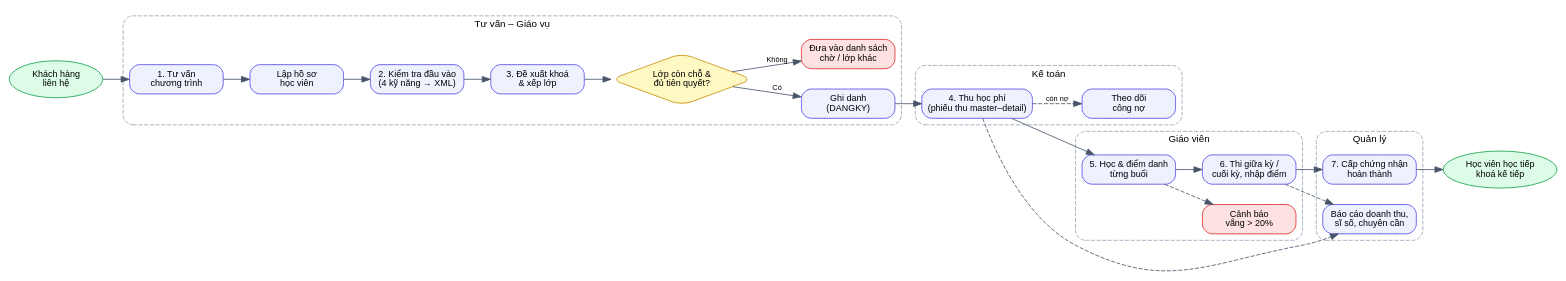
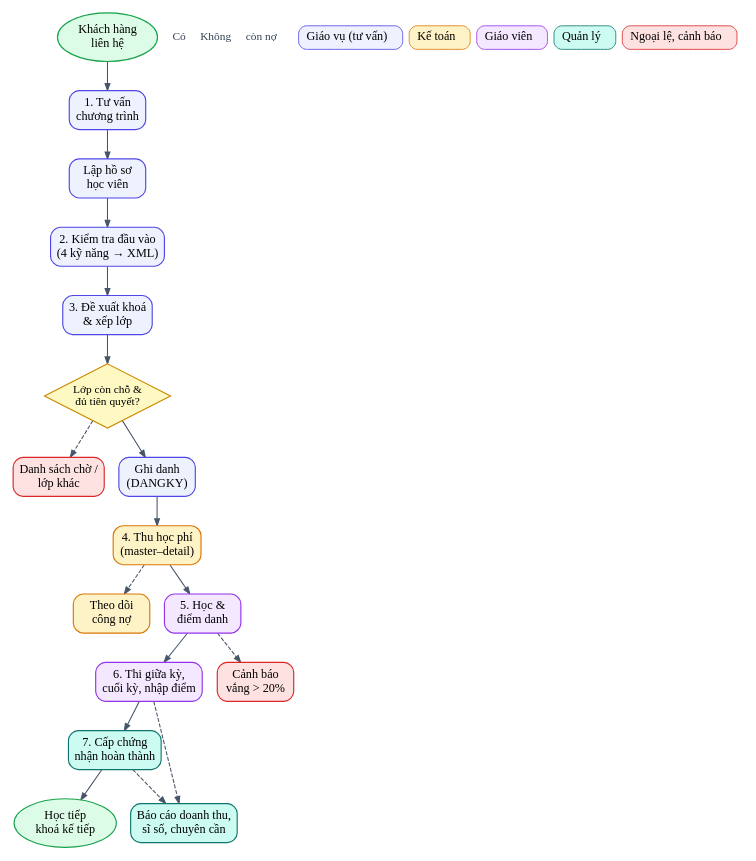
The diagram in docs/design/quy-trinh-nghiep-vu.dot (nhutruong-uit/ecms), drawn with Graphviz before and after one commit. The commit also changed 67 other files, not shown here.

```diff
--- a/docs/design/quy-trinh-nghiep-vu.dot
+++ b/docs/design/quy-trinh-nghiep-vu.dot
@@ -1,40 +1,71 @@
-// Quy trình nghiệp vụ trung tâm tiếng Anh ECMS (T02) – nguồn sinh quy-trinh-nghiep-vu.png / .drawio
+// Quy trình nghiệp vụ trung tâm tiếng Anh ECMS (T02) – nguồn sinh quy-trinh-nghiep-vu.png (Hình 1.1)
+//   neato -n -Tpng -Gdpi=200 docs/design/quy-trinh-nghiep-vu.dot -o docs/design/quy-trinh-nghiep-vu.png
+// Bố cục chữ chi ba hàng với toạ độ cố định (pos, đơn vị point): hàng 1 trái → phải, hàng 2 phải → trái, hàng 3 trái →
+// phải; nhánh phụ đặt trong dải giữa các hàng, sát bước sinh ra nó. Hai nút cạnh nhau cách ≥ 35 pt để mũi tên luôn
+// thấy rõ; nhãn nhánh (Có, Không, còn nợ) là nút chữ đặt cạnh mũi tên, không đè lên đầu mũi tên. Ảnh rộng ~ 21 cm nên
+// khi chèn vào báo cáo (15 cm) chữ in còn ~ 10,5 pt. Tác nhân phân biệt bằng màu (chú giải ở hàng cuối).
 digraph G {
-  rankdir=LR; nodesep=0.35; ranksep=0.45; fontname="Arial"; fontsize=12;
-  node [fontname="Arial", fontsize=11, shape=box, style="rounded,filled", fillcolor="#eef2ff", color="#4f46e5", width=1.6];
-  edge [fontname="Arial", fontsize=9, color="#475569"];
+  graph [splines=line, outputorder=edgesfirst, pad=0.12, bgcolor="white"];
+  node  [fontname="Times New Roman,", fontsize=15, shape=box, style="rounded,filled", penwidth=1.4,
+         width=1.3, height=0.66, fixedsize=false, margin="0.10,0.06"];
+  edge  [fontname="Times New Roman,", fontsize=14, color="#475569", penwidth=1.3, arrowsize=0.85];
 
-  start [label="Khách hàng\nliên hệ", shape=ellipse, fillcolor="#dcfce7", color="#16a34a"];
-  subgraph cluster_tv { label="Tư vấn – Giáo vụ"; style="rounded,dashed"; color="#94a3b8";
-    tuvan [label="1. Tư vấn\nchương trình"];
-    hoso  [label="Lập hồ sơ\nhọc viên"];
-    ktdv  [label="2. Kiểm tra đầu vào\n(4 kỹ năng → XML)"];
-    xeplop [label="3. Đề xuất khoá\n& xếp lớp"];
-    conCho [label="Lớp còn chỗ &\nđủ tiên quyết?", shape=diamond, fillcolor="#fef9c3", color="#ca8a04", width=1.9];
-    ghidanh [label="Ghi danh\n(DANGKY)"];
-    cho [label="Đưa vào danh sách\nchờ / lớp khác", fillcolor="#fee2e2", color="#dc2626"];
-  }
-  subgraph cluster_kt { label="Kế toán"; style="rounded,dashed"; color="#94a3b8";
-    thuphi [label="4. Thu học phí\n(phiếu thu master–detail)"];
-    congno [label="Theo dõi\ncông nợ"];
-  }
-  subgraph cluster_gv { label="Giáo viên"; style="rounded,dashed"; color="#94a3b8";
-    hoc [label="5. Học & điểm danh\ntừng buổi"];
-    canhbao [label="Cảnh báo\nvắng > 20%", fillcolor="#fee2e2", color="#dc2626"];
-    thi [label="6. Thi giữa kỳ /\ncuối kỳ, nhập điểm"];
-  }
-  subgraph cluster_ql { label="Quản lý"; style="rounded,dashed"; color="#94a3b8";
-    capcn [label="7. Cấp chứng nhận\nhoàn thành"];
-    baocao [label="Báo cáo doanh thu,\nsĩ số, chuyên cần"];
-  }
-  end [label="Học viên học tiếp\nkhoá kế tiếp", shape=ellipse, fillcolor="#dcfce7", color="#16a34a"];
+  // ---- hàng 1 (y = 445): trái → phải
+  start  [pos="66,445!",  label="Khách hàng\nliên hệ", shape=ellipse, fillcolor="#dcfce7", color="#16a34a", width=1.6];
+  tuvan  [pos="205,445!", label="1. Tư vấn\nchương trình", fillcolor="#eef2ff", color="#4f46e5"];
+  hoso   [pos="362,445!", label="Lập hồ sơ\nhọc viên", fillcolor="#eef2ff", color="#4f46e5"];
+  ktdv   [pos="528,445!", label="2. Kiểm tra đầu vào\n(4 kỹ năng → XML)", fillcolor="#eef2ff", color="#4f46e5"];
 
-  start -> tuvan -> hoso -> ktdv -> xeplop -> conCho;
-  conCho -> ghidanh [label="Có"];
-  conCho -> cho [label="Không"];
-  ghidanh -> thuphi -> hoc -> thi -> capcn -> end;
-  thuphi -> congno [style=dashed, label="còn nợ"];
+  // ---- dải giữa hàng 1 và 2 (y = 360): nhánh phụ của hàng 2
+  congno [pos="66,360!",  label="Theo dõi\ncông nợ", fillcolor="#fef3c7", color="#d97706"];
+  cho    [pos="362,360!", label="Danh sách chờ /\nlớp khác", fillcolor="#fee2e2", color="#dc2626"];
+
+  // ---- hàng 2 (y = 265): phải → trái
+  xeplop [pos="528,265!", label="3. Đề xuất khoá\n& xếp lớp", fillcolor="#eef2ff", color="#4f46e5"];
+  conCho [pos="362,265!", label="Lớp còn chỗ &\nđủ tiên quyết?", shape=diamond, style=filled, fillcolor="#fef9c3", color="#ca8a04",
+          fixedsize=true, width=2.15, height=1.1, fontsize=14];
+  ghidanh [pos="205,265!", label="Ghi danh\n(DANGKY)", fillcolor="#eef2ff", color="#4f46e5"];
+  thuphi [pos="66,265!",  label="4. Thu học phí\n(master–detail)", fillcolor="#fef3c7", color="#d97706"];
+
+  // ---- hàng 3 (y = 160): trái → phải
+  hoc    [pos="66,160!",  label="5. Học &\nđiểm danh", fillcolor="#f3e8ff", color="#9333ea"];
+  thi    [pos="210,160!", label="6. Thi giữa kỳ,\ncuối kỳ, nhập điểm", fillcolor="#f3e8ff", color="#9333ea"];
+  capcn  [pos="368,160!", label="7. Cấp chứng\nnhận hoàn thành", fillcolor="#ccfbf1", color="#0f766e"];
+  end    [pos="528,160!", label="Học tiếp\nkhoá kế tiếp", shape=ellipse, fillcolor="#dcfce7", color="#16a34a", width=1.6];
+
+  // ---- dải dưới hàng 3 (y = 72): nhánh phụ của hàng 3
+  canhbao [pos="66,72!",  label="Cảnh báo\nvắng > 20%", fillcolor="#fee2e2", color="#dc2626"];
+  baocao  [pos="289,72!", label="Báo cáo doanh thu,\nsĩ số, chuyên cần", fillcolor="#ccfbf1", color="#0f766e"];
+
+  // ---- nhãn nhánh: nút chữ đặt cạnh mũi tên
+  node [shape=plaintext, style="", width=0, height=0, margin=0, fontsize=14, fontcolor="#334155"];
+  lCo    [pos="270,279!", label="Có"];
+  lKhong [pos="391,320!", label="Không"];
+  lNo    [pos="96,313!",  label="còn nợ"];
+
+  // ---- chú giải tác nhân
+  legend [pos="297,8!", shape=plain, label=<
+    <TABLE BORDER="0" CELLSPACING="8" CELLPADDING="5"><TR>
+      <TD STYLE="rounded" BGCOLOR="#eef2ff" COLOR="#4f46e5" BORDER="1">  Giáo vụ (tư vấn)  </TD>
+      <TD STYLE="rounded" BGCOLOR="#fef3c7" COLOR="#d97706" BORDER="1">  Kế toán  </TD>
+      <TD STYLE="rounded" BGCOLOR="#f3e8ff" COLOR="#9333ea" BORDER="1">  Giáo viên  </TD>
+      <TD STYLE="rounded" BGCOLOR="#ccfbf1" COLOR="#0f766e" BORDER="1">  Quản lý  </TD>
+      <TD STYLE="rounded" BGCOLOR="#fee2e2" COLOR="#dc2626" BORDER="1">  Ngoại lệ, cảnh báo  </TD>
+    </TR></TABLE>>, fontsize=15, fontcolor="black"];
+
+  // ---- luồng chính
+  start -> tuvan -> hoso -> ktdv;
+  ktdv -> xeplop;
+  xeplop -> conCho;
+  conCho -> ghidanh;
+  ghidanh -> thuphi;
+  thuphi -> hoc;
+  hoc -> thi -> capcn -> end;
+
+  // ---- nhánh phụ
+  conCho -> cho [style=dashed];
+  thuphi -> congno [style=dashed];
   hoc -> canhbao [style=dashed];
   thi -> baocao [style=dashed];
-  thuphi -> baocao [style=dashed];
+  capcn -> baocao [style=dashed];
 }
```
